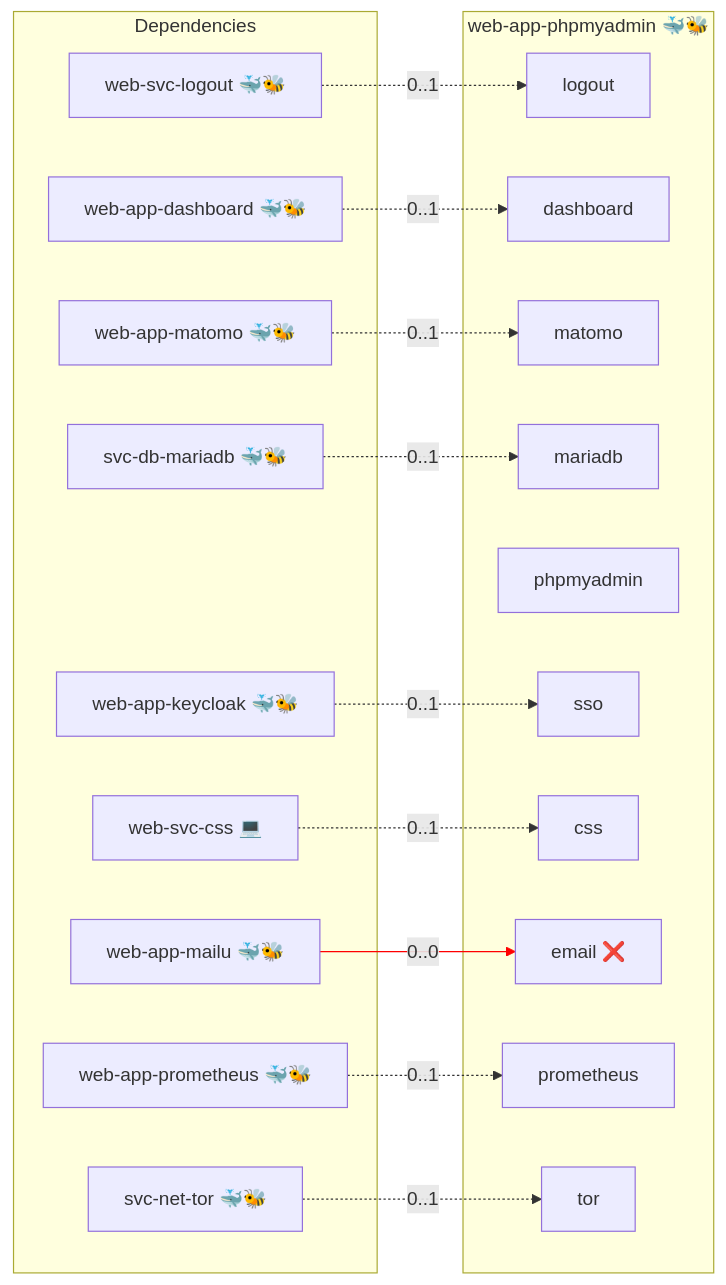
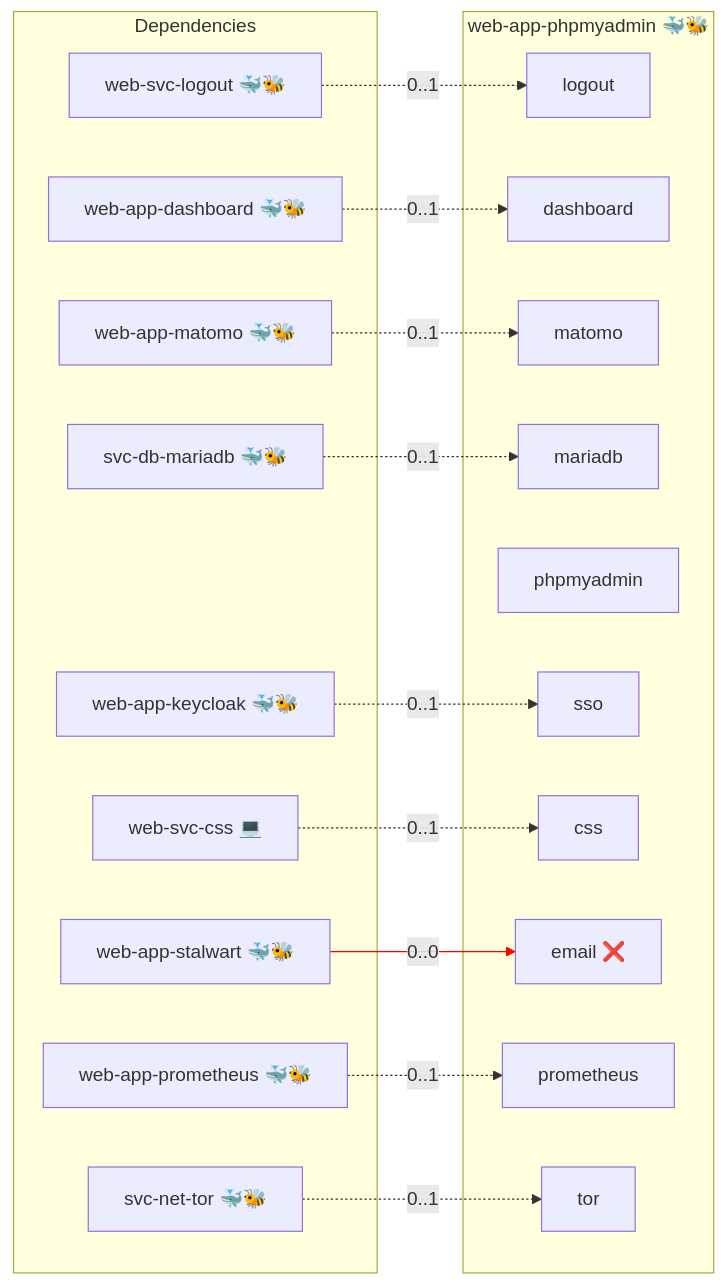
One commit to AlejandroRomanIbanez/infinito-nexus changed the diagram in roles/web-app-phpmyadmin/README.md. Above: the diagram before and after it, drawn with Mermaid. The commit also changed 67 other files, not shown here.

````diff
--- a/roles/web-app-phpmyadmin/README.md
+++ b/roles/web-app-phpmyadmin/README.md
@@ -15,36 +15,36 @@
 ```mermaid
 flowchart LR
     subgraph deps [Dependencies]
         dep_svc_db_mariadb["svc-db-mariadb 🐳🐝"]
         dep_svc_net_tor["svc-net-tor 🐳🐝"]
         dep_web_app_dashboard["web-app-dashboard 🐳🐝"]
         dep_web_app_keycloak["web-app-keycloak 🐳🐝"]
-        dep_web_app_mailu["web-app-mailu 🐳🐝"]
         dep_web_app_matomo["web-app-matomo 🐳🐝"]
         dep_web_app_prometheus["web-app-prometheus 🐳🐝"]
+        dep_web_app_stalwart["web-app-stalwart 🐳🐝"]
         dep_web_svc_css["web-svc-css 💻"]
         dep_web_svc_logout["web-svc-logout 🐳🐝"]
     end
     subgraph role [web-app-phpmyadmin 🐳🐝]
         svc_logout["logout"]
         svc_dashboard["dashboard"]
         svc_matomo["matomo"]
         svc_mariadb["mariadb"]
         svc_phpmyadmin["phpmyadmin"]
         svc_sso["sso"]
         svc_css["css"]
         svc_email["email ❌"]
         svc_prometheus["prometheus"]
         svc_tor["tor"]
     end
     dep_svc_db_mariadb -. "0..1" .-> svc_mariadb
     dep_svc_net_tor -. "0..1" .-> svc_tor
     dep_web_app_dashboard -. "0..1" .-> svc_dashboard
     dep_web_app_keycloak -. "0..1" .-> svc_sso
-    dep_web_app_mailu -- "0..0" --> svc_email
     dep_web_app_matomo -. "0..1" .-> svc_matomo
     dep_web_app_prometheus -. "0..1" .-> svc_prometheus
+    dep_web_app_stalwart -- "0..0" --> svc_email
     dep_web_svc_css -. "0..1" .-> svc_css
     dep_web_svc_logout -. "0..1" .-> svc_logout
-    linkStyle 4 stroke:red;
+    linkStyle 6 stroke:red;
 ```
````
